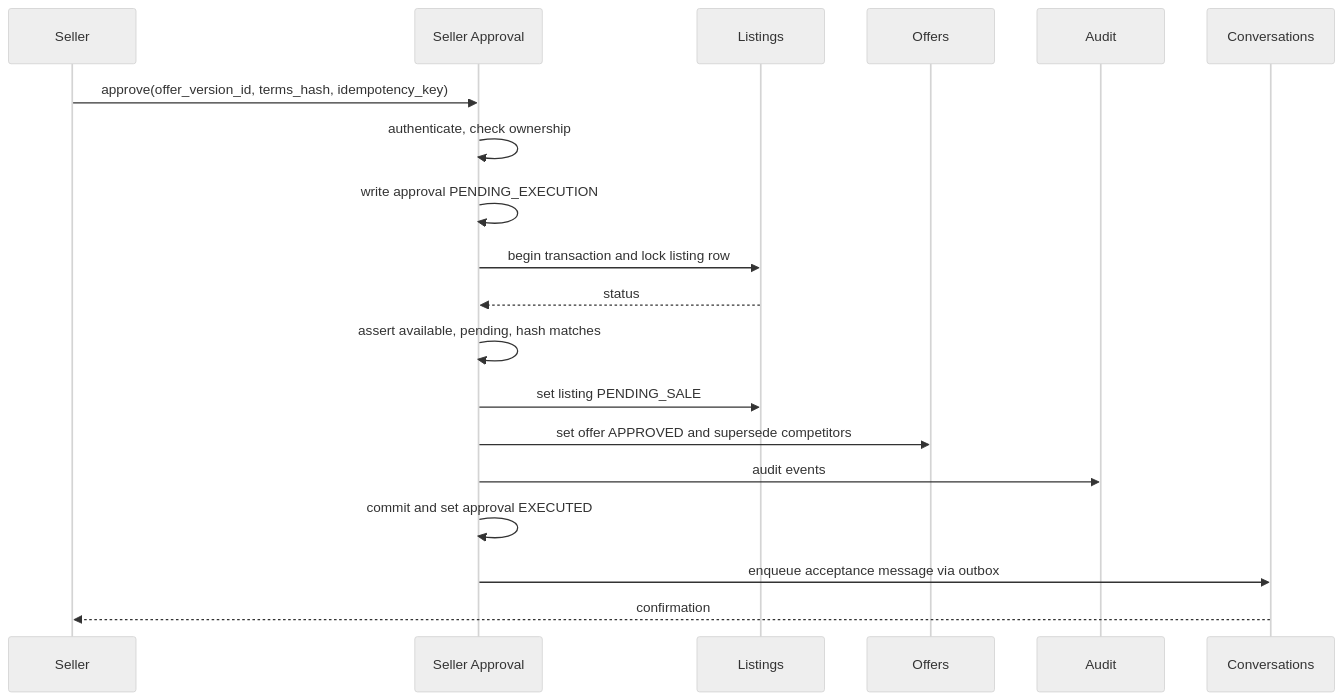
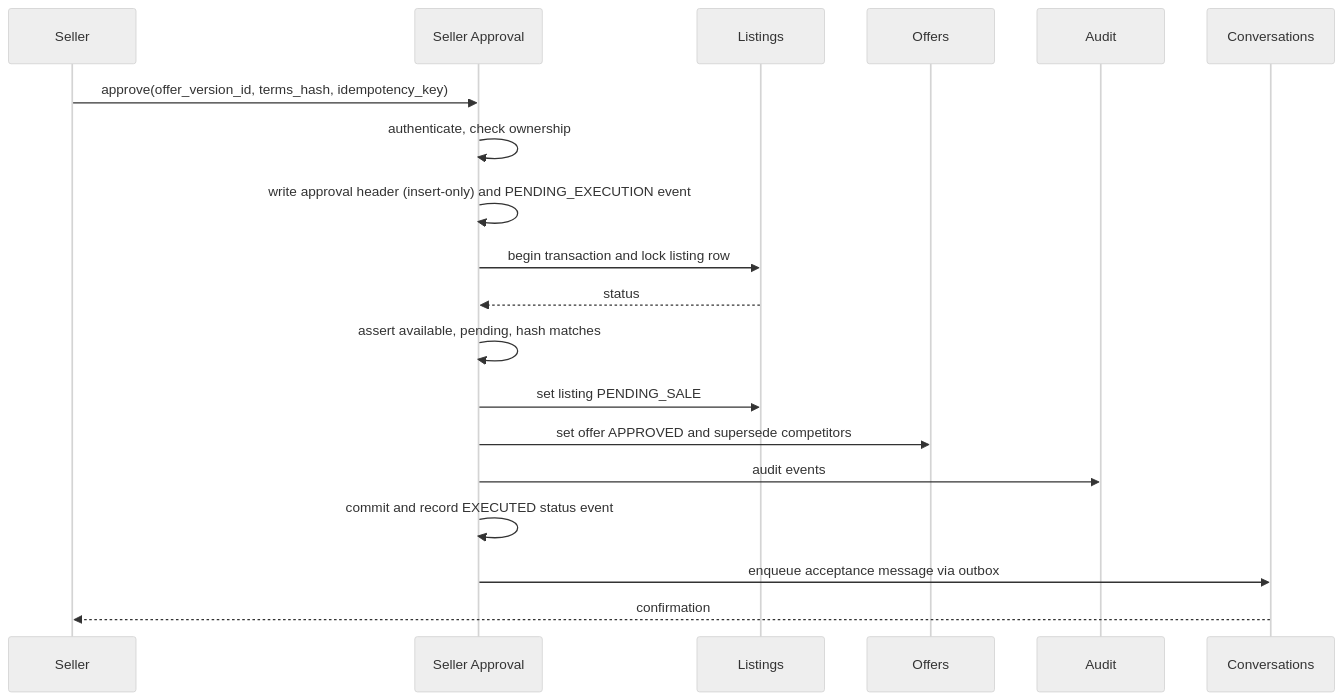
One commit to IPlayInHD/Marketplace-Auotmation changed the third of 4 diagrams in docs/architecture/ARCHITECTURE.md. Above: the diagram before and after it, drawn with Mermaid (neutral theme). The commit also changed other lines of this file and 20 other files, not shown here.

````diff
--- a/docs/architecture/ARCHITECTURE.md
+++ b/docs/architecture/ARCHITECTURE.md
@@ -128,21 +135,21 @@
 ```mermaid
 sequenceDiagram
   participant S as Seller
   participant AP as Seller Approval
   participant L as Listings
   participant O as Offers
   participant AU as Audit
   participant C as Conversations
   S->>AP: approve(offer_version_id, terms_hash, idempotency_key)
   AP->>AP: authenticate, check ownership
-  AP->>AP: write approval PENDING_EXECUTION
+  AP->>AP: write approval header (insert-only) and PENDING_EXECUTION event
   AP->>L: begin transaction and lock listing row
   L-->>AP: status
   AP->>AP: assert available, pending, hash matches
   AP->>L: set listing PENDING_SALE
   AP->>O: set offer APPROVED and supersede competitors
   AP->>AU: audit events
-  AP->>AP: commit and set approval EXECUTED
+  AP->>AP: commit and record EXECUTED status event
   AP->>C: enqueue acceptance message via outbox
   C-->>S: confirmation
 ```
````
